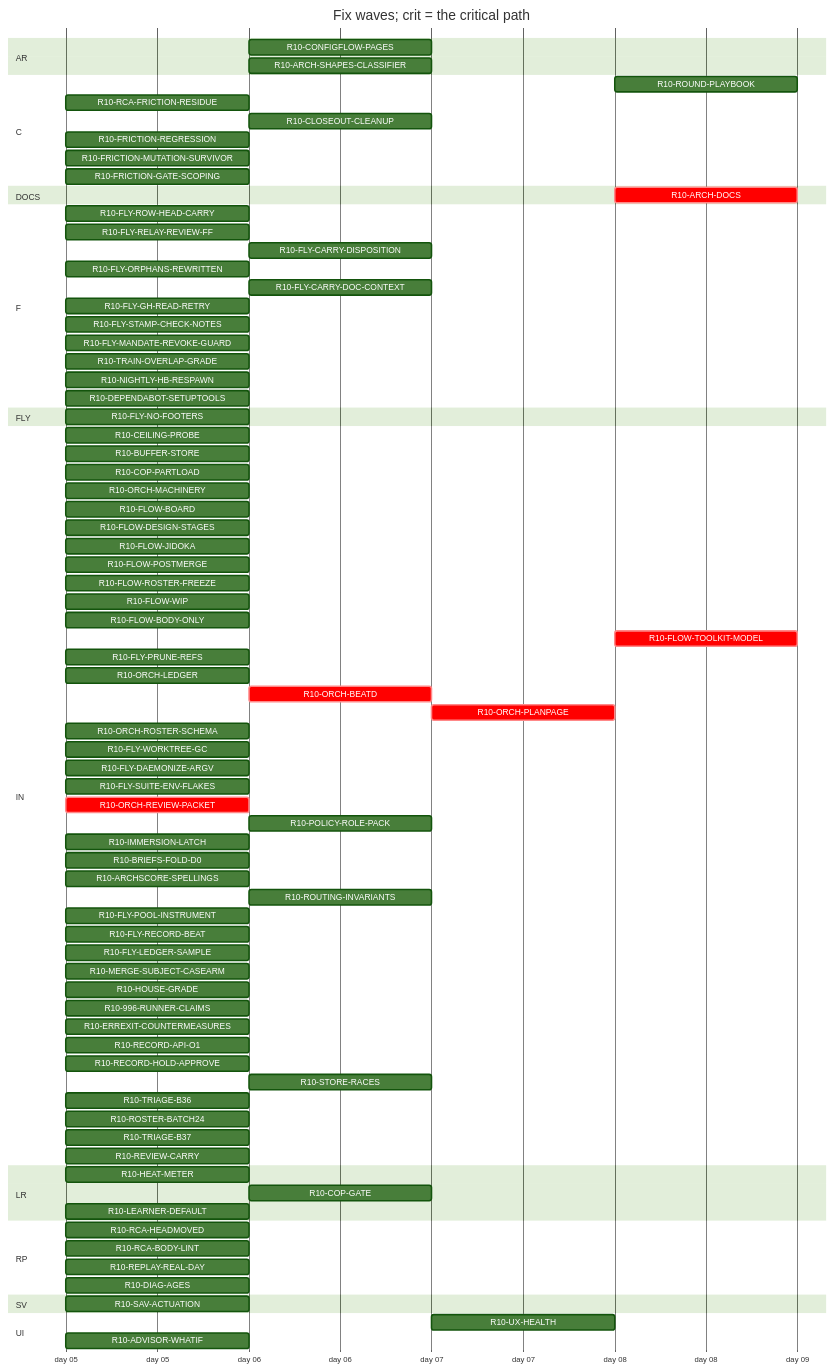
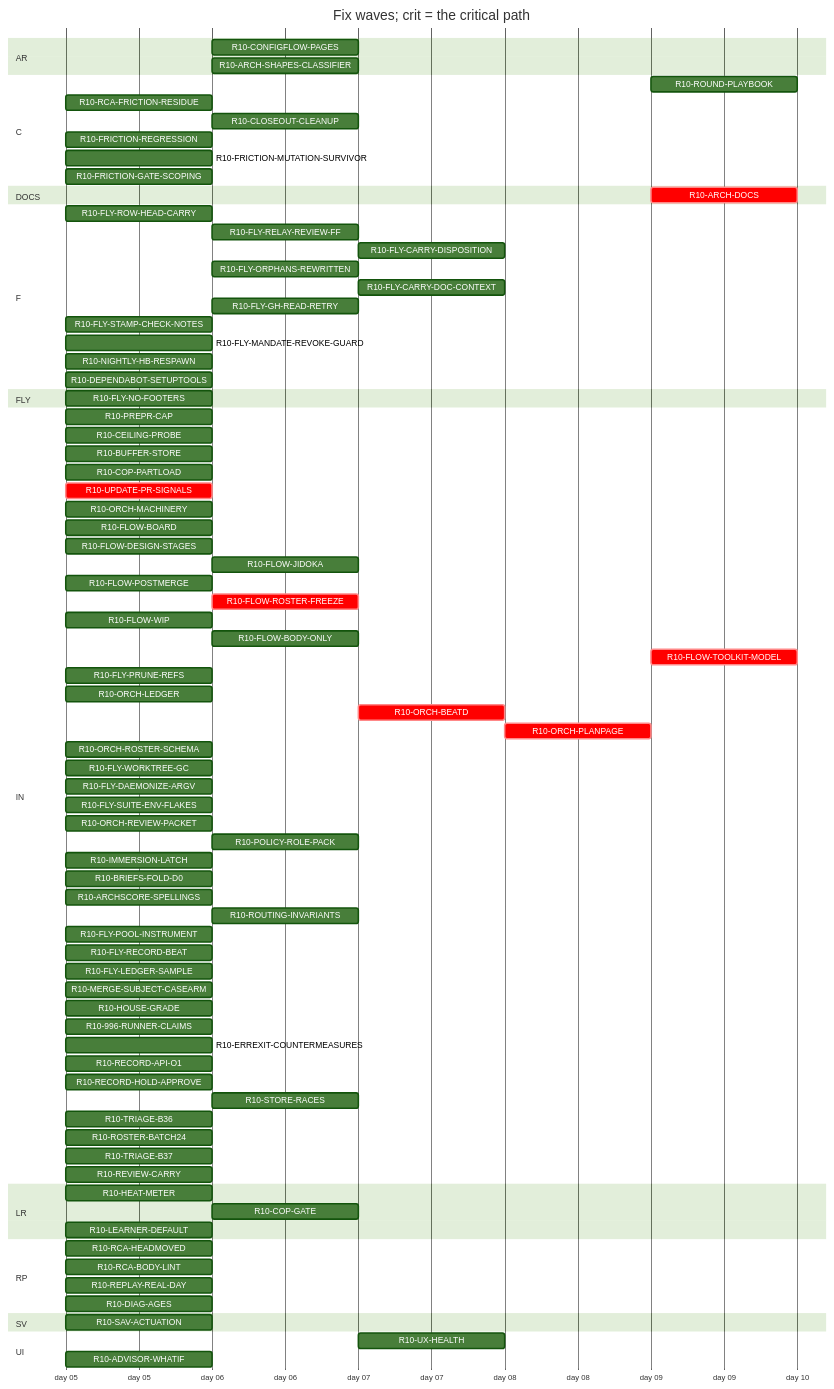
Before and after one commit to tvofi/heatpump_optimizer: the diagram in handoff/round10/state/PLAN-TABLE.md, drawn with Mermaid (forest theme). The commit also changed other lines of this file and 2 other files, not shown here.

```diff
--- a/handoff/round10/state/PLAN-TABLE.md
+++ b/handoff/round10/state/PLAN-TABLE.md
@@ -36,33 +36,34 @@
     R10-FRICTION-MUTATION-SURVIVOR :r10FRICTIONMUTATIONSURVIVOR, 2026-01-05, 1d
     R10-FRICTION-GATE-SCOPING :r10FRICTIONGATESCOPING, 2026-01-05, 1d
   section DOCS
-    R10-ARCH-DOCS :crit, r10ARCHDOCS, after r10HEATMETER r10COPGATE r10UXHEALTH r10CONFIGFLOWPAGES r10RCAHEADMOVED r10CEILINGPROBE r10BUFFERSTORE r10COPPARTLOAD r10LEARNERDEFAULT r10FLOWBOARD r10FLOWDESIGNSTAGES r10FLOWJIDOKA r10FLOWPOSTMERGE r10FLOWROSTERFREEZE r10FLOWWIP r10FLOWBODYONLY r10FLYROWHEADCARRY r10FLYRELAYREVIEWFF r10FLYCARRYDISPOSITION r10FLYORPHANSREWRITTEN r10FLYCARRYDOCCONTEXT r10FLOWTOOLKITMODEL r10FLYSTAMPCHECKNOTES r10FLYMANDATEREVOKEGUARD r10RCAFRICTIONRESIDUE r10TRAINOVERLAPGRADE r10NIGHTLYHBRESPAWN r10FLYPRUNEREFS r10ORCHLEDGER r10ORCHBEATD r10ORCHPLANPAGE r10ORCHROSTERSCHEMA r10FLYWORKTREEGC r10FLYDAEMONIZEARGV r10ORCHREVIEWPACKET r10POLICYROLEPACK r10IMMERSIONLATCH r10BRIEFSFOLDD0 r10REPLAYREALDAY r10ARCHSCORESPELLINGS r10SAVACTUATION r10FLYLEDGERSAMPLE, 1d
+    R10-ARCH-DOCS :crit, r10ARCHDOCS, after r10HEATMETER r10COPGATE r10UXHEALTH r10CONFIGFLOWPAGES r10RCAHEADMOVED r10CEILINGPROBE r10BUFFERSTORE r10COPPARTLOAD r10UPDATEPRSIGNALS r10LEARNERDEFAULT r10FLOWBOARD r10FLOWDESIGNSTAGES r10FLOWJIDOKA r10FLOWPOSTMERGE r10FLOWROSTERFREEZE r10FLOWWIP r10FLOWBODYONLY r10FLYROWHEADCARRY r10FLYRELAYREVIEWFF r10FLYCARRYDISPOSITION r10FLYORPHANSREWRITTEN r10FLYCARRYDOCCONTEXT r10FLOWTOOLKITMODEL r10FLYSTAMPCHECKNOTES r10FLYMANDATEREVOKEGUARD r10RCAFRICTIONRESIDUE r10NIGHTLYHBRESPAWN r10FLYPRUNEREFS r10ORCHLEDGER r10ORCHBEATD r10ORCHPLANPAGE r10ORCHROSTERSCHEMA r10FLYWORKTREEGC r10FLYDAEMONIZEARGV r10ORCHREVIEWPACKET r10POLICYROLEPACK r10IMMERSIONLATCH r10BRIEFSFOLDD0 r10REPLAYREALDAY r10ARCHSCORESPELLINGS r10SAVACTUATION r10FLYLEDGERSAMPLE, 1d
   section F
     R10-FLY-ROW-HEAD-CARRY :r10FLYROWHEADCARRY, 2026-01-05, 1d
-    R10-FLY-RELAY-REVIEW-FF :r10FLYRELAYREVIEWFF, 2026-01-05, 1d
+    R10-FLY-RELAY-REVIEW-FF :r10FLYRELAYREVIEWFF, after r10UPDATEPRSIGNALS, 1d
     R10-FLY-CARRY-DISPOSITION :r10FLYCARRYDISPOSITION, after r10FLYORPHANSREWRITTEN, 1d
-    R10-FLY-ORPHANS-REWRITTEN :r10FLYORPHANSREWRITTEN, 2026-01-05, 1d
+    R10-FLY-ORPHANS-REWRITTEN :r10FLYORPHANSREWRITTEN, after r10UPDATEPRSIGNALS, 1d
     R10-FLY-CARRY-DOC-CONTEXT :r10FLYCARRYDOCCONTEXT, after r10FLYGHREADRETRY, 1d
-    R10-FLY-GH-READ-RETRY :r10FLYGHREADRETRY, 2026-01-05, 1d
+    R10-FLY-GH-READ-RETRY :r10FLYGHREADRETRY, after r10UPDATEPRSIGNALS, 1d
     R10-FLY-STAMP-CHECK-NOTES :r10FLYSTAMPCHECKNOTES, 2026-01-05, 1d
     R10-FLY-MANDATE-REVOKE-GUARD :r10FLYMANDATEREVOKEGUARD, 2026-01-05, 1d
-    R10-TRAIN-OVERLAP-GRADE :r10TRAINOVERLAPGRADE, 2026-01-05, 1d
     R10-NIGHTLY-HB-RESPAWN :r10NIGHTLYHBRESPAWN, 2026-01-05, 1d
     R10-DEPENDABOT-SETUPTOOLS :r10DEPENDABOTSETUPTOOLS, 2026-01-05, 1d
   section FLY
     R10-FLY-NO-FOOTERS :r10FLYNOFOOTERS, 2026-01-05, 1d
   section IN
+    R10-PREPR-CAP :r10PREPRCAP, 2026-01-05, 1d
     R10-CEILING-PROBE :r10CEILINGPROBE, 2026-01-05, 1d
     R10-BUFFER-STORE :r10BUFFERSTORE, 2026-01-05, 1d
     R10-COP-PARTLOAD :r10COPPARTLOAD, 2026-01-05, 1d
+    R10-UPDATE-PR-SIGNALS :crit, r10UPDATEPRSIGNALS, 2026-01-05, 1d
     R10-ORCH-MACHINERY :r10ORCHMACHINERY, 2026-01-05, 1d
     R10-FLOW-BOARD :r10FLOWBOARD, 2026-01-05, 1d
     R10-FLOW-DESIGN-STAGES :r10FLOWDESIGNSTAGES, 2026-01-05, 1d
-    R10-FLOW-JIDOKA :r10FLOWJIDOKA, 2026-01-05, 1d
+    R10-FLOW-JIDOKA :r10FLOWJIDOKA, after r10PREPRCAP, 1d
     R10-FLOW-POSTMERGE :r10FLOWPOSTMERGE, 2026-01-05, 1d
-    R10-FLOW-ROSTER-FREEZE :r10FLOWROSTERFREEZE, 2026-01-05, 1d
+    R10-FLOW-ROSTER-FREEZE :crit, r10FLOWROSTERFREEZE, after r10UPDATEPRSIGNALS, 1d
     R10-FLOW-WIP :r10FLOWWIP, 2026-01-05, 1d
-    R10-FLOW-BODY-ONLY :r10FLOWBODYONLY, 2026-01-05, 1d
+    R10-FLOW-BODY-ONLY :r10FLOWBODYONLY, after r10UPDATEPRSIGNALS, 1d
     R10-FLOW-TOOLKIT-MODEL :crit, r10FLOWTOOLKITMODEL, after r10ORCHPLANPAGE, 1d
     R10-FLY-PRUNE-REFS :r10FLYPRUNEREFS, 2026-01-05, 1d
     R10-ORCH-LEDGER :r10ORCHLEDGER, 2026-01-05, 1d
@@ -72,7 +73,7 @@
     R10-FLY-WORKTREE-GC :r10FLYWORKTREEGC, 2026-01-05, 1d
     R10-FLY-DAEMONIZE-ARGV :r10FLYDAEMONIZEARGV, 2026-01-05, 1d
     R10-FLY-SUITE-ENV-FLAKES :r10FLYSUITEENVFLAKES, 2026-01-05, 1d
-    R10-ORCH-REVIEW-PACKET :crit, r10ORCHREVIEWPACKET, 2026-01-05, 1d
+    R10-ORCH-REVIEW-PACKET :r10ORCHREVIEWPACKET, 2026-01-05, 1d
     R10-POLICY-ROLE-PACK :r10POLICYROLEPACK, after r10FLOWDESIGNSTAGES, 1d
     R10-IMMERSION-LATCH :r10IMMERSIONLATCH, 2026-01-05, 1d
     R10-BRIEFS-FOLD-D0 :r10BRIEFSFOLDD0, 2026-01-05, 1d
```
